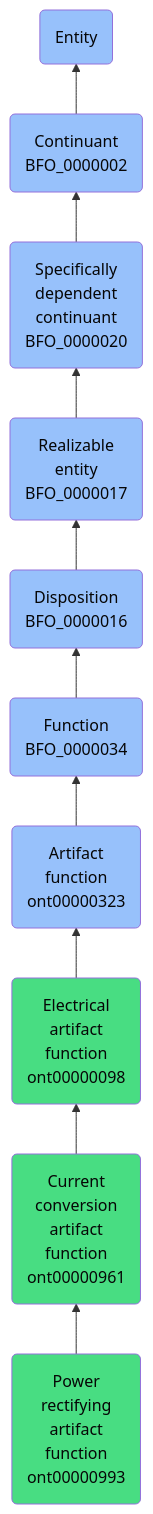
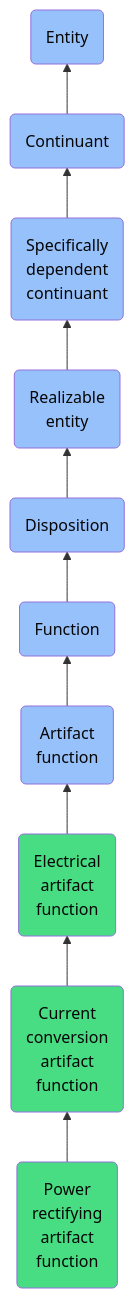
One commit to jupyter-naas/abi changed the diagram in docs/ontology/reference/model/Entity/Continuant/Specifically dependent continuant/Realizable entity/Disposition/Function/Artifact function/Electrical artifact function/Current conversion artifact function/Power rectifying artifact function/Power rectifying artifact function.md. Above: the diagram before and after it, drawn with Mermaid. The commit also changed other lines of this file and 1430 other files, not shown here.

````diff
--- a/docs/ontology/reference/model/Entity/Continuant/Specifically dependent continuant/Realizable entity/Disposition/Function/Artifact function/Electrical artifact function/Current conversion artifact function/Power rectifying artifact function/Power rectifying artifact function.md
+++ b/docs/ontology/reference/model/Entity/Continuant/Specifically dependent continuant/Realizable entity/Disposition/Function/Artifact function/Electrical artifact function/Current conversion artifact function/Power rectifying artifact function/Power rectifying artifact function.md
@@ -24,17 +24,17 @@
 ```mermaid
 graph BT
-    ont00000993(Power<br>rectifying<br>artifact<br>function<br>ont00000993):::ABI-->ont00000961
-    ont00000961(Current<br>conversion<br>artifact<br>function<br>ont00000961):::ABI-->ont00000098
-    ont00000098(Electrical<br>artifact<br>function<br>ont00000098):::ABI-->ont00000323
-    ont00000323(Artifact<br>function<br>ont00000323):::BFO-->BFO_0000034
-    BFO_0000034(Function<br>BFO_0000034):::BFO-->BFO_0000016
-    BFO_0000016(Disposition<br>BFO_0000016):::BFO-->BFO_0000017
-    BFO_0000017(Realizable<br>entity<br>BFO_0000017):::BFO-->BFO_0000020
-    BFO_0000020(Specifically<br>dependent<br>continuant<br>BFO_0000020):::BFO-->BFO_0000002
-    BFO_0000002(Continuant<br>BFO_0000002):::BFO-->BFO_0000001
+    ont00000993(Power<br>rectifying<br>artifact<br>function):::ABI-->ont00000961
+    ont00000961(Current<br>conversion<br>artifact<br>function):::ABI-->ont00000098
+    ont00000098(Electrical<br>artifact<br>function):::ABI-->ont00000323
+    ont00000323(Artifact<br>function):::BFO-->BFO_0000034
+    BFO_0000034(Function):::BFO-->BFO_0000016
+    BFO_0000016(Disposition):::BFO-->BFO_0000017
+    BFO_0000017(Realizable<br>entity):::BFO-->BFO_0000020
+    BFO_0000020(Specifically<br>dependent<br>continuant):::BFO-->BFO_0000002
+    BFO_0000002(Continuant):::BFO-->BFO_0000001
     BFO_0000001(Entity):::BFO
     
     classDef BFO fill:#97c1fb,color:#060606
     classDef CCO fill:#e4c51e,color:#060606
     classDef ABI fill:#48DD82,color:#060606
 ```
````
